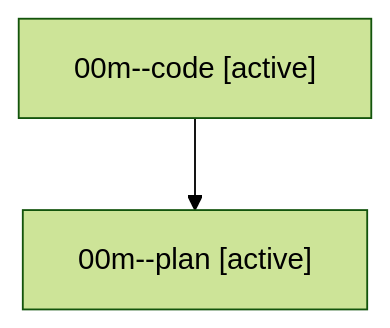
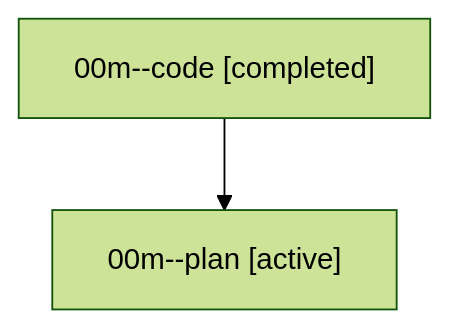
The diagram in sessions/bbugyi200.athena.00m.md (bobs-org/bob-cli--agents), drawn with Mermaid (forest theme) before and after one commit. The commit also changed other lines of this file and 6 other files, not shown here.

````diff
--- a/sessions/bbugyi200.athena.00m.md
+++ b/sessions/bbugyi200.athena.00m.md
@@ -9,6 +9,6 @@
 ```mermaid
 flowchart TD
-  n0["00m--code [active]"]
+  n0["00m--code [completed]"]
   n1["00m--plan [active]"]
   n0 --> n1
 ```
````
